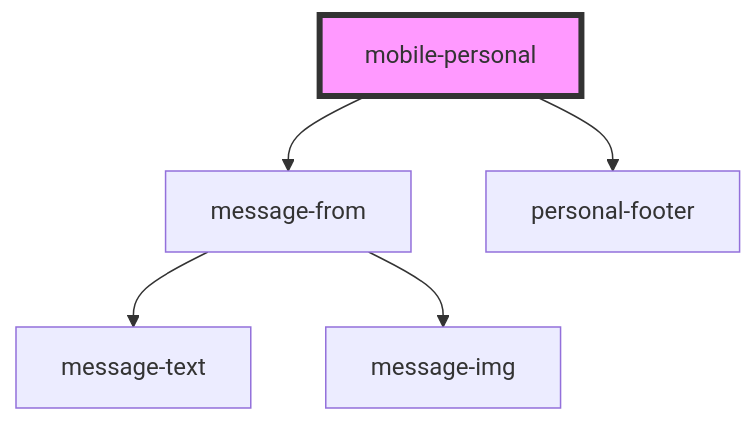
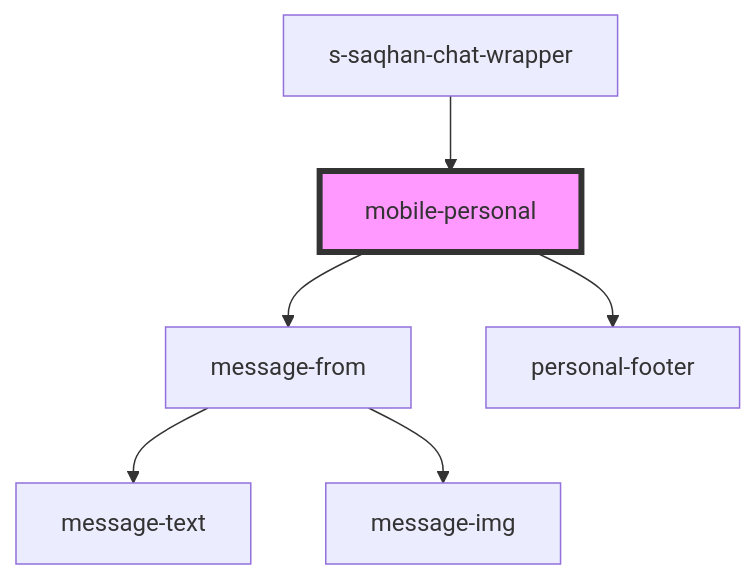
Before and after one commit to saqhan/stencil-chat: the diagram in src/components/mobile/mobile-chat/res/view/mobile-personal/readme.md, drawn with Mermaid. The commit also changed other lines of this file and 13 other files, not shown here.

````diff
--- a/src/components/mobile/mobile-chat/res/view/mobile-personal/readme.md
+++ b/src/components/mobile/mobile-chat/res/view/mobile-personal/readme.md
@@ -30,8 +34,9 @@
 ```mermaid
 graph TD;
   mobile-personal --> message-from
   mobile-personal --> personal-footer
   message-from --> message-text
   message-from --> message-img
+  s-saqhan-chat-wrapper --> mobile-personal
   style mobile-personal fill:#f9f,stroke:#333,stroke-width:4px
 ```
````
